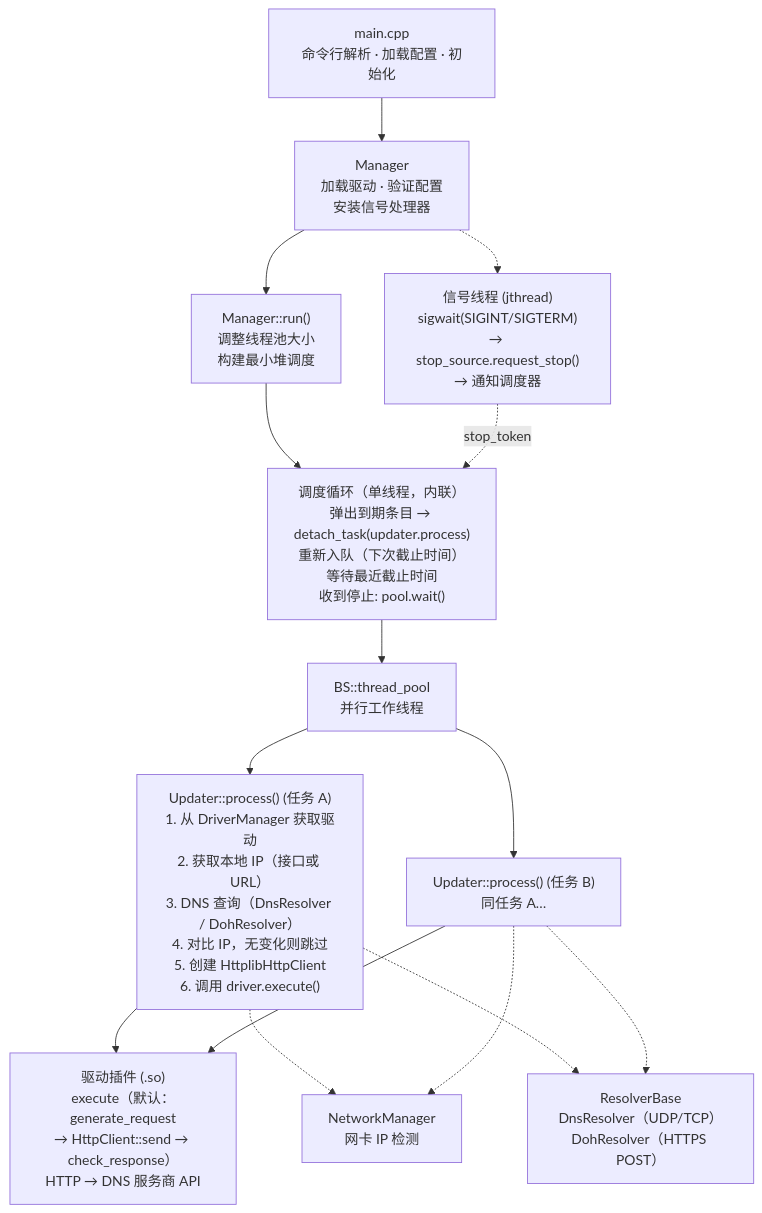
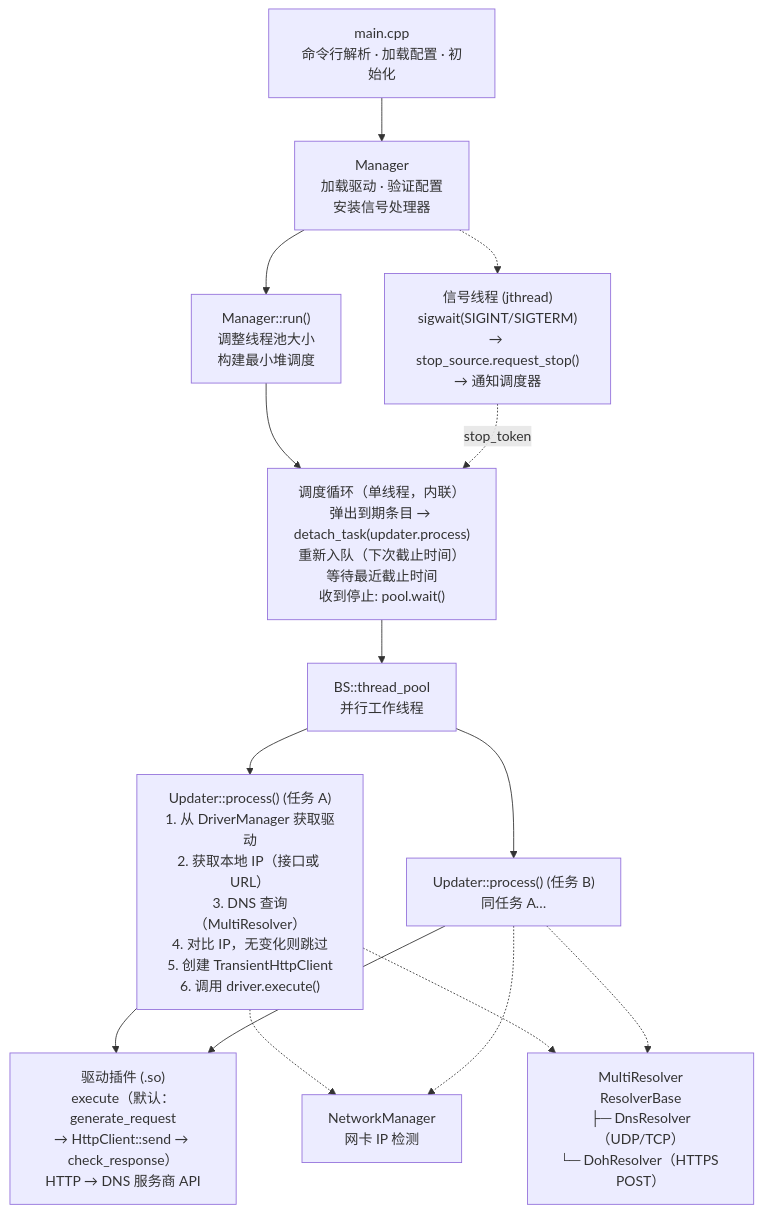
The diagram in README_CN.md (CyberKoo/yaddnsc), drawn with Mermaid before and after one commit. The commit also changed other lines of this file and 33 other files, not shown here.

First line of the commit message:
Refactor: restructure DNS resolver module, overhaul HTTP client, and update config

````diff
--- a/README_CN.md
+++ b/README_CN.md
@@ -26,55 +26,56 @@
 ```mermaid
 flowchart TB
     main["main.cpp
 命令行解析 · 加载配置 · 初始化"]
     mgr["Manager
 加载驱动 · 验证配置
 安装信号处理器"]
     run["Manager::run()
 调整线程池大小
 构建最小堆调度"]
     sched["调度循环（单线程，内联）
 弹出到期条目 → detach_task(updater.process)
 重新入队（下次截止时间）
 等待最近截止时间
 收到停止: pool.wait()"]
     signal["信号线程 (jthread)
 sigwait(SIGINT/SIGTERM)
 → stop_source.request_stop()
 → 通知调度器"]
     pool["BS::thread_pool
 并行工作线程"]
     updaterA["Updater::process() (任务 A)
 1. 从 DriverManager 获取驱动
 2. 获取本地 IP（接口或 URL）
-3. DNS 查询（DnsResolver / DohResolver）
+3. DNS 查询（MultiResolver）
 4. 对比 IP，无变化则跳过
-5. 创建 HttplibHttpClient
+5. 创建 TransientHttpClient
 6. 调用 driver.execute()"]
     updaterB["Updater::process() (任务 B)
 同任务 A…"]
     driver["驱动插件 (.so)
 execute（默认：generate_request
 → HttpClient::send → check_response）
 HTTP → DNS 服务商 API"]
     net["NetworkManager
 网卡 IP 检测"]
-    dns["ResolverBase
-DnsResolver（UDP/TCP）
-DohResolver（HTTPS POST）"]
+    dns["MultiResolver
+ResolverBase
+├─ DnsResolver（UDP/TCP）
+└─ DohResolver（HTTPS POST）"]
 
     main --> mgr
     mgr --> run
     run --> sched
     mgr -.-> signal
     signal -.->|stop_token| sched
     sched --> pool
     pool --> updaterA
     pool --> updaterB
     updaterA --> driver
     updaterB --> driver
     updaterA -.-> net
     updaterB -.-> net
     updaterA -.-> dns
     updaterB -.-> dns
 ```
````
